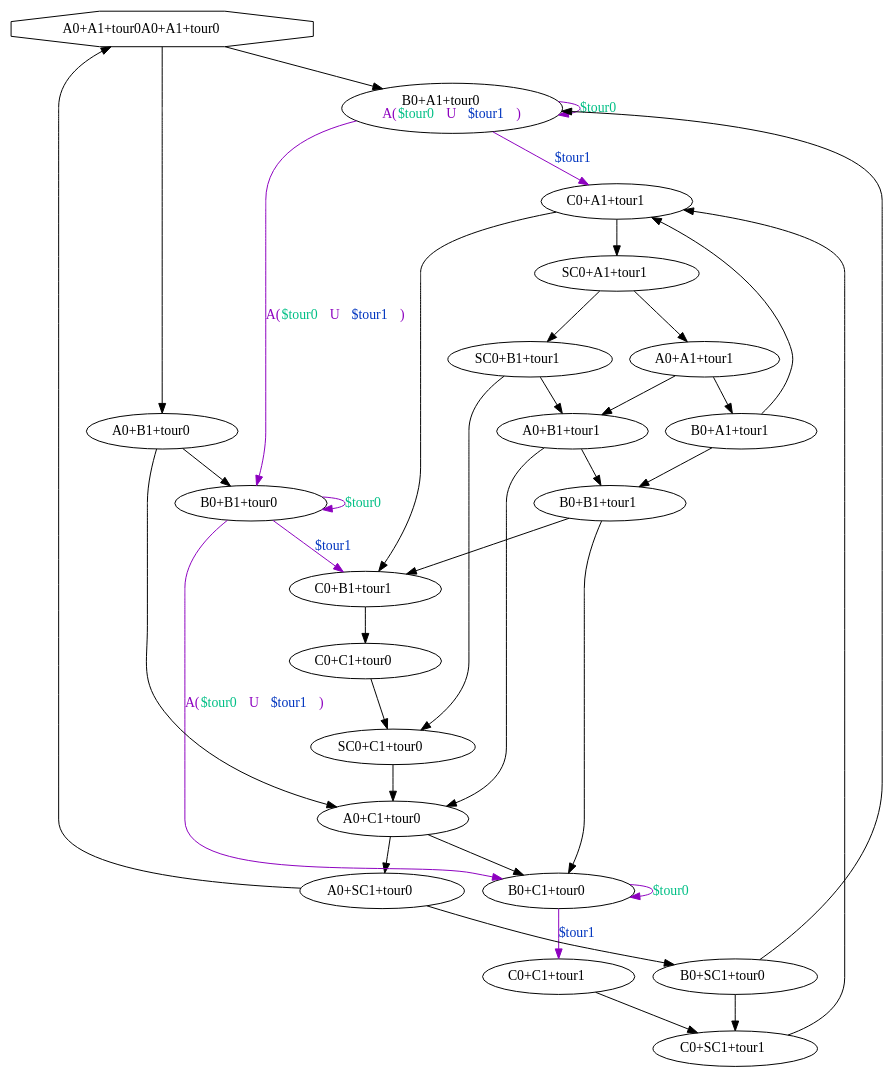
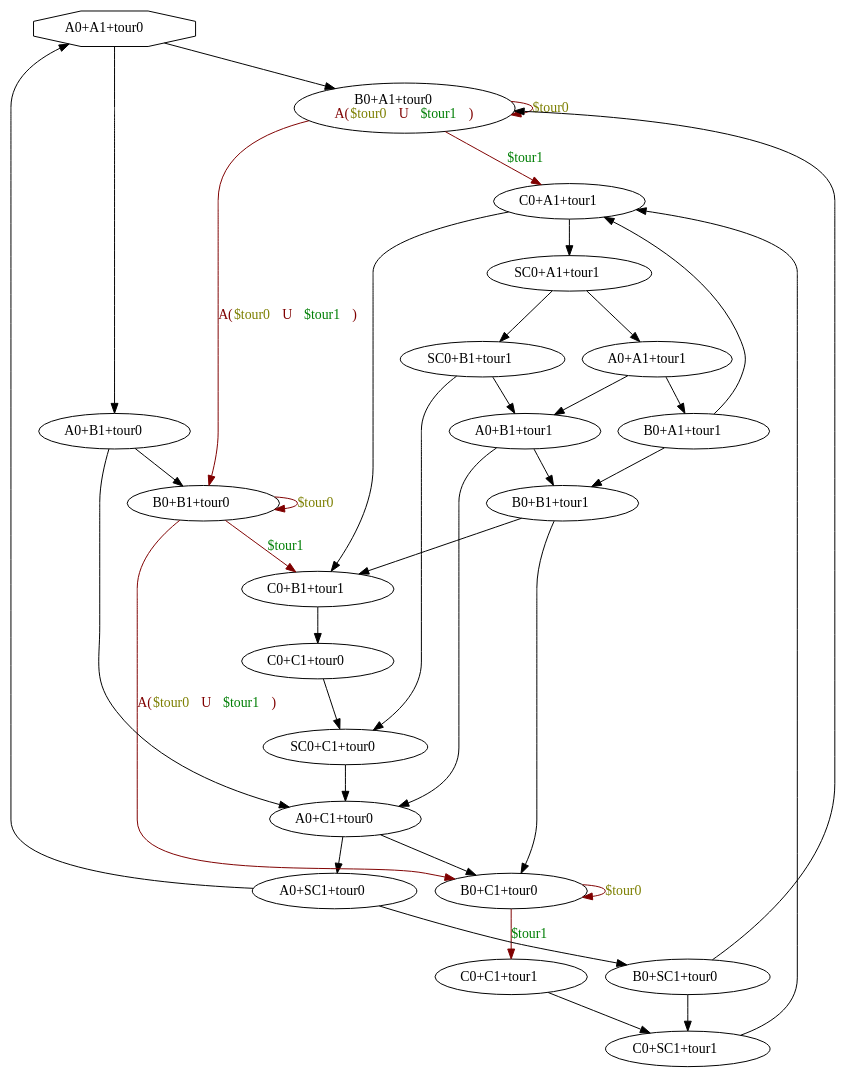
One commit to howiepowie/m1projctl2012g6 changed the diagram in test justifie 10.dot. Above: the diagram before and after it, drawn with Graphviz. The commit also changed 47 other files, not shown here.

```diff
--- a/test justifie 10.dot
+++ b/test justifie 10.dot
@@ -1,59 +1,59 @@
 digraph system {
-N0 [label=<A0+A1+tour0A0+A1+tour0>,shape=octagon]
-N1 [label=<B0+A1+tour0<BR/><FONT COLOR="0.7899998 1 0.75">A(<FONT COLOR="0.44999975 1 0.75">$tour0</FONT> U <FONT COLOR="0.61999977 1 0.75">$tour1</FONT>)</FONT>>]
+N0 [label=<A0+A1+tour0>,shape=octagon]
+N1 [label=<B0+A1+tour0<BR/><FONT COLOR="0.0 1 0.5">A(<FONT COLOR="0.17 1 0.5">$tour0</FONT> U <FONT COLOR="0.34 1 0.5">$tour1</FONT>)</FONT>>]
 N2 [label=<C0+A1+tour1>]
 N3 [label=<SC0+A1+tour1>]
 N4 [label=<A0+A1+tour1>]
 N5 [label=<B0+A1+tour1>]
 N6 [label=<B0+B1+tour1>]
 N7 [label=<C0+B1+tour1>]
 N8 [label=<C0+C1+tour0>]
 N9 [label=<SC0+C1+tour0>]
 N10 [label=<A0+C1+tour0>]
 N11 [label=<B0+C1+tour0>]
 N12 [label=<C0+C1+tour1>]
 N13 [label=<C0+SC1+tour1>]
 N14 [label=<A0+SC1+tour0>]
 N15 [label=<B0+SC1+tour0>]
 N16 [label=<A0+B1+tour1>]
 N17 [label=<SC0+B1+tour1>]
 N18 [label=<B0+B1+tour0>]
 N19 [label=<A0+B1+tour0>]
 N0 -> N1
 N0 -> N19
 N2 -> N3
 N2 -> N7
 N3 -> N4
 N3 -> N17
 N4 -> N5
 N4 -> N16
 N5 -> N2
 N5 -> N6
 N6 -> N7
 N6 -> N11
 N7 -> N8
 N8 -> N9
 N9 -> N10
 N10 -> N11
 N10 -> N14
 N12 -> N13
 N13 -> N2
 N14 -> N15
 N14 -> N0
 N15 -> N13
 N15 -> N1
 N16 -> N6
 N16 -> N10
 N17 -> N16
 N17 -> N9
 N19 -> N18
 N19 -> N10
-N1 -> N18 [color="0.7899998 1 0.75",label=<<FONT COLOR="0.7899998 1 0.75">A(<FONT COLOR="0.44999975 1 0.75">$tour0</FONT> U <FONT COLOR="0.61999977 1 0.75">$tour1</FONT>)</FONT>>]
-N18 -> N11 [color="0.7899998 1 0.75",label=<<FONT COLOR="0.7899998 1 0.75">A(<FONT COLOR="0.44999975 1 0.75">$tour0</FONT> U <FONT COLOR="0.61999977 1 0.75">$tour1</FONT>)</FONT>>]
-N1 -> N2 [color="0.7899998 1 0.75",label=<<FONT COLOR="0.61999977 1 0.75">$tour1</FONT>>]
-N1 -> N1 [color="0.7899998 1 0.75",label=<<FONT COLOR="0.44999975 1 0.75">$tour0</FONT>>]
-N11 -> N12 [color="0.7899998 1 0.75",label=<<FONT COLOR="0.61999977 1 0.75">$tour1</FONT>>]
-N18 -> N7 [color="0.7899998 1 0.75",label=<<FONT COLOR="0.61999977 1 0.75">$tour1</FONT>>]
-N11 -> N11 [color="0.7899998 1 0.75",label=<<FONT COLOR="0.44999975 1 0.75">$tour0</FONT>>]
-N18 -> N18 [color="0.7899998 1 0.75",label=<<FONT COLOR="0.44999975 1 0.75">$tour0</FONT>>]
+N1 -> N2 [color="0.0 1 0.5",label=<<FONT COLOR="0.34 1 0.5">$tour1</FONT>>]
+N18 -> N7 [color="0.0 1 0.5",label=<<FONT COLOR="0.34 1 0.5">$tour1</FONT>>]
+N11 -> N12 [color="0.0 1 0.5",label=<<FONT COLOR="0.34 1 0.5">$tour1</FONT>>]
+N11 -> N11 [color="0.0 1 0.5",label=<<FONT COLOR="0.17 1 0.5">$tour0</FONT>>]
+N1 -> N1 [color="0.0 1 0.5",label=<<FONT COLOR="0.17 1 0.5">$tour0</FONT>>]
+N1 -> N18 [color="0.0 1 0.5",label=<<FONT COLOR="0.0 1 0.5">A(<FONT COLOR="0.17 1 0.5">$tour0</FONT> U <FONT COLOR="0.34 1 0.5">$tour1</FONT>)</FONT>>]
+N18 -> N11 [color="0.0 1 0.5",label=<<FONT COLOR="0.0 1 0.5">A(<FONT COLOR="0.17 1 0.5">$tour0</FONT> U <FONT COLOR="0.34 1 0.5">$tour1</FONT>)</FONT>>]
+N18 -> N18 [color="0.0 1 0.5",label=<<FONT COLOR="0.17 1 0.5">$tour0</FONT>>]
 }
```
